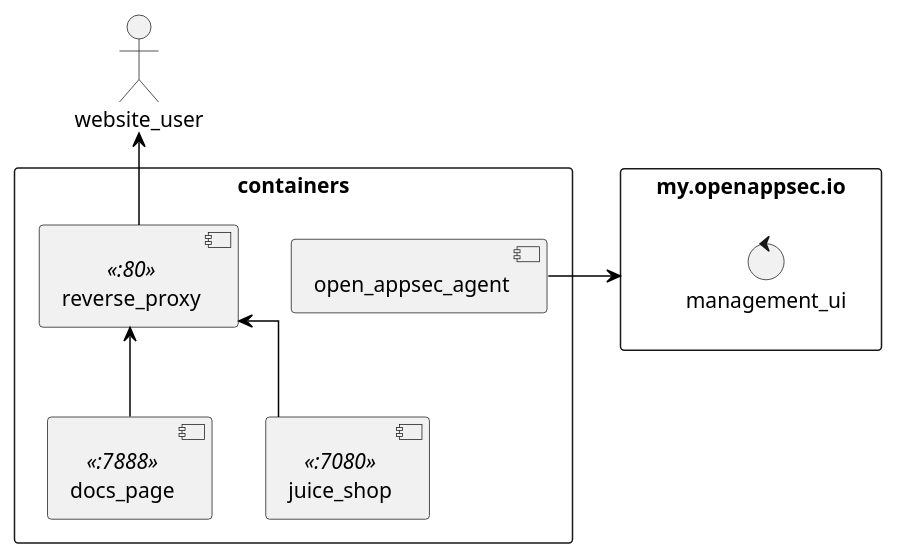
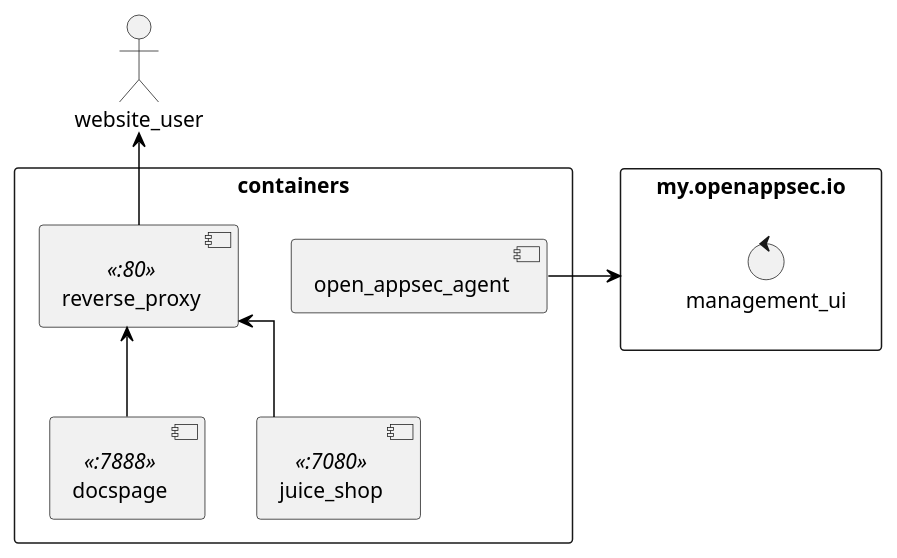
Before and after one commit to sebastian-sommerfeld-io/open-appsec-poc: the diagram in docs/modules/ROOT/assets/images/bash-docs/whitebox.puml, drawn with PlantUML. The commit also changed 8 other files, not shown here.

```diff
--- a/docs/modules/ROOT/assets/images/bash-docs/whitebox.puml
+++ b/docs/modules/ROOT/assets/images/bash-docs/whitebox.puml
@@ -1,35 +1,35 @@
 @startuml monitoring
 
 skinparam linetype ortho
 skinparam monochrome false
 skinparam componentStyle uml2
 skinparam backgroundColor #fff
 skinparam ArrowColor black
 skinparam NoteBorderColor Grey
 skinparam NoteBackgroundColor #fdfdfd
 skinparam defaultTextAlignment center
 skinparam activity {
 FontName Ubuntu
 }
 
 rectangle containers {
   component reverse_proxy <<:80>>
-  component docs_page <<:7888>>
+  component docspage <<:7888>>
   component juice_shop <<:7080>>
 
   component open_appsec_agent
   
-  docs_page -up-> reverse_proxy
+  docspage -up-> reverse_proxy
   juice_shop -up-> reverse_proxy
 }
 
 rectangle my_openappsec_io as "my.openappsec.io" {
   control management_ui
 }
 
 actor website_user
 reverse_proxy -up-> website_user
 
 open_appsec_agent -right-> my_openappsec_io
 
 @enduml
```
